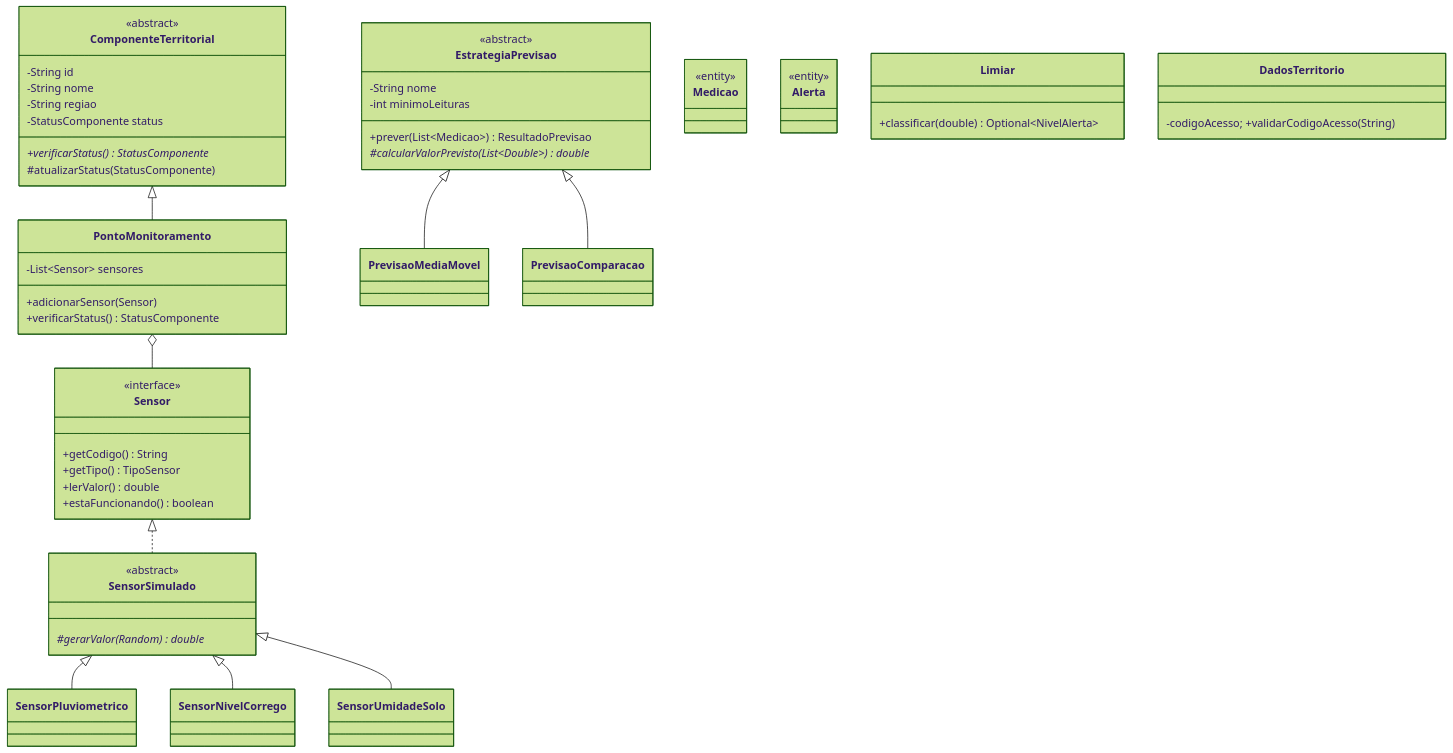
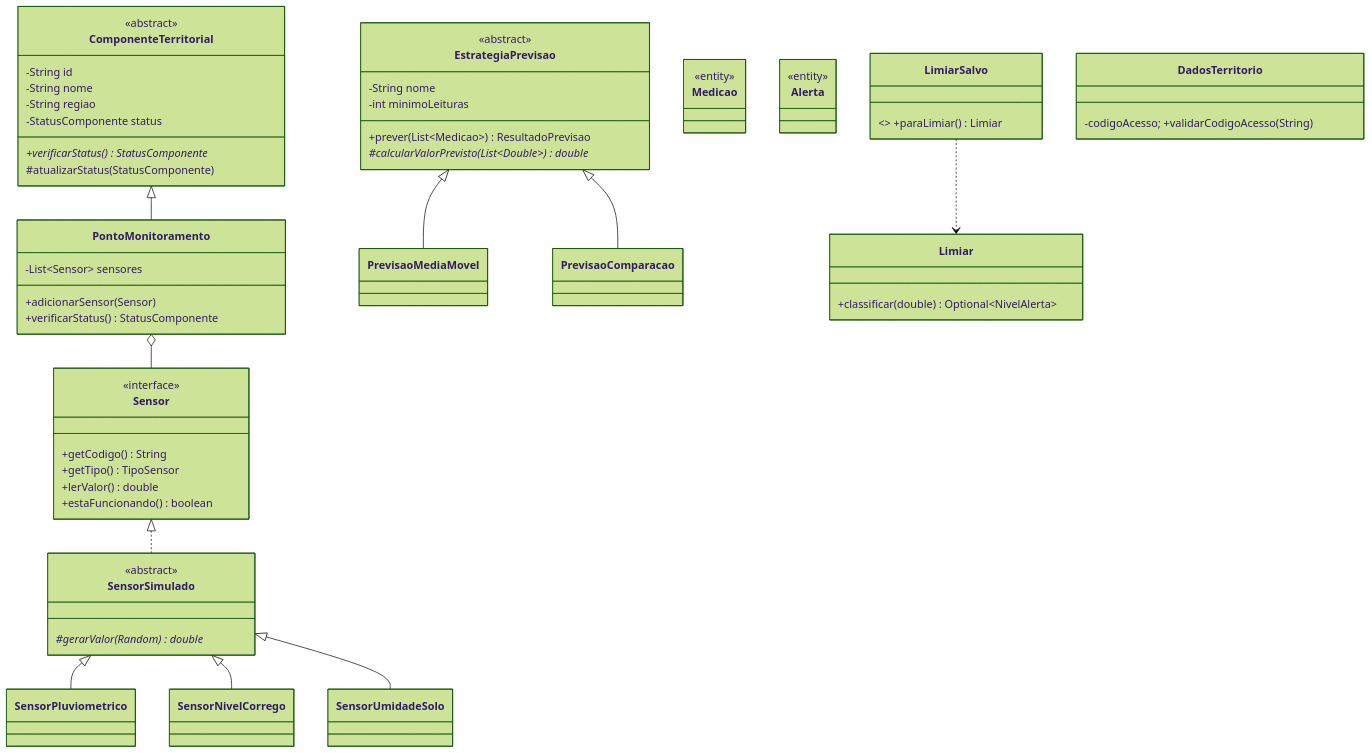
One commit to Senador2006/GS2_POO changed the second of 3 diagrams in docs/arquitetura-e-codigo.md. Above: the diagram before and after it, drawn with Mermaid (forest theme). The commit also changed other lines of this file and 20 other files, not shown here.

````diff
--- a/docs/arquitetura-e-codigo.md
+++ b/docs/arquitetura-e-codigo.md
@@ -43,50 +49,52 @@
 ```mermaid
 classDiagram
     class ComponenteTerritorial {
         <<abstract>>
         -String id
         -String nome
         -String regiao
         -StatusComponente status
         +verificarStatus()* StatusComponente
         #atualizarStatus(StatusComponente)
     }
     class PontoMonitoramento {
         -List~Sensor~ sensores
         +adicionarSensor(Sensor)
         +verificarStatus() StatusComponente
     }
     ComponenteTerritorial <|-- PontoMonitoramento
     PontoMonitoramento o-- Sensor
 
     class Sensor {
         <<interface>>
         +getCodigo() String
         +getTipo() TipoSensor
         +lerValor() double
         +estaFuncionando() boolean
     }
     class SensorSimulado {
         <<abstract>>
         #gerarValor(Random)* double
     }
     Sensor <|.. SensorSimulado
     SensorSimulado <|-- SensorPluviometrico
     SensorSimulado <|-- SensorNivelCorrego
     SensorSimulado <|-- SensorUmidadeSolo
 
     class EstrategiaPrevisao {
         <<abstract>>
         -String nome
         -int minimoLeituras
         +prever(List~Medicao~) ResultadoPrevisao
         #calcularValorPrevisto(List~Double~)* double
     }
     EstrategiaPrevisao <|-- PrevisaoMediaMovel
     EstrategiaPrevisao <|-- PrevisaoComparacao
 
     class Medicao { <<entity>> }
     class Alerta { <<entity>> }
+    class LimiarSalvo { <<entity>> +paraLimiar() Limiar }
     class Limiar { +classificar(double) Optional~NivelAlerta~ }
+    LimiarSalvo ..> Limiar
     class DadosTerritorio { -codigoAcesso; +validarCodigoAcesso(String) }
 ```
````
